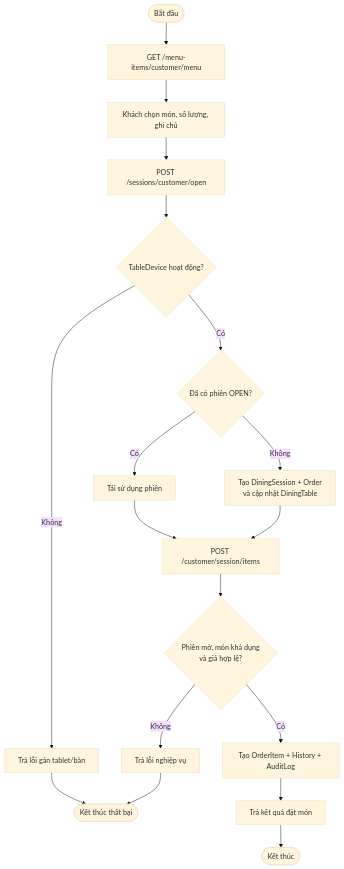
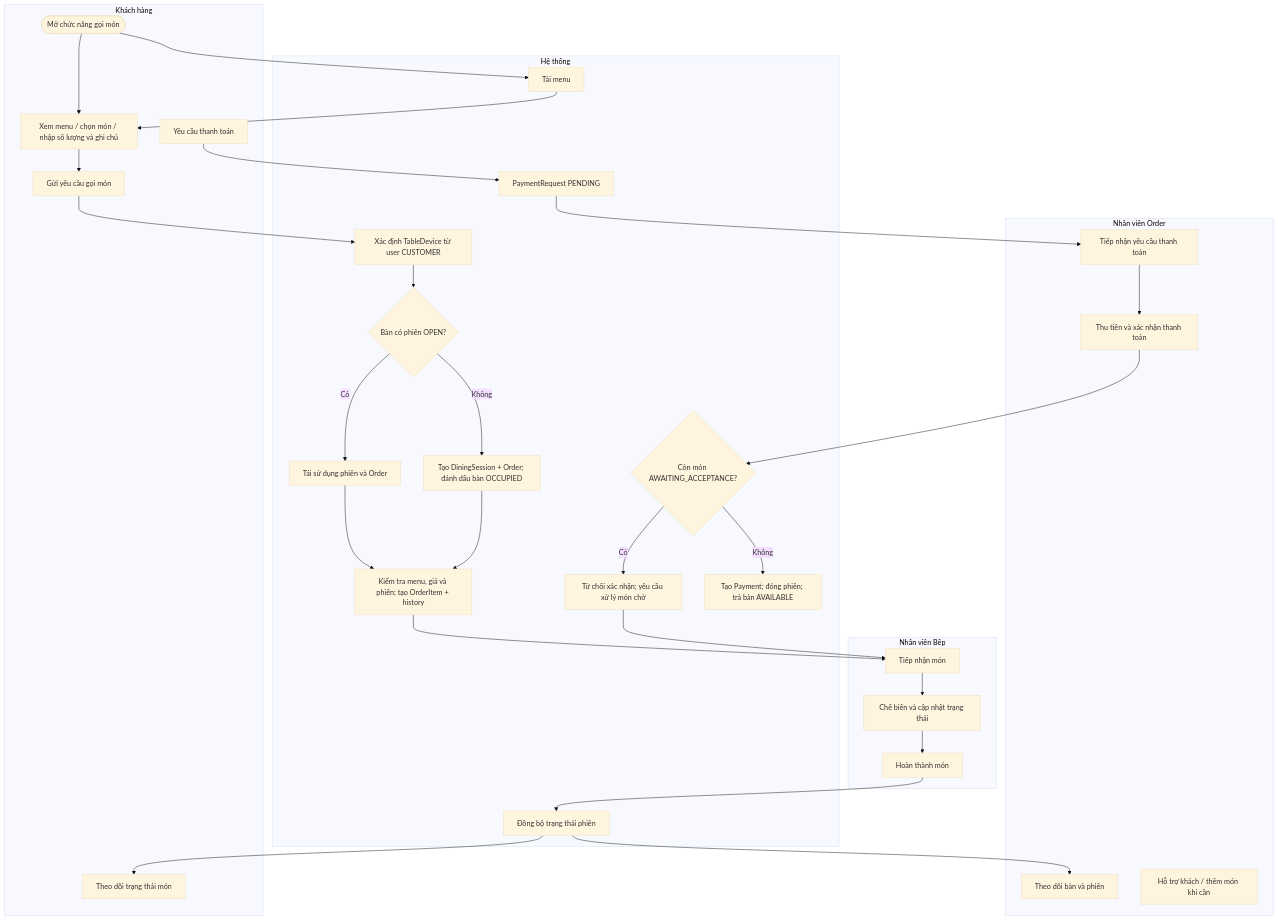
Before and after one commit to NTMHuy/ResMan: the diagram in docs/analysis/diagrams/activity-customer-order.mmd, drawn with Mermaid (base theme). The commit also changed 13 other files, not shown here.

Commit message:
docs(analysis): add behavior, state and sequence design 3.5-3.8

```diff
--- a/docs/analysis/diagrams/activity-customer-order.mmd
+++ b/docs/analysis/diagrams/activity-customer-order.mmd
@@ -1,18 +1,42 @@
-flowchart TD
-  A([Bắt đầu]) --> B["GET /menu-items/customer/menu"]
-  B --> C["Khách chọn món, số lượng, ghi chú"]
-  C --> D["POST /sessions/customer/open"]
-  D --> E{"TableDevice hoạt động?"}
-  E -- Không --> X["Trả lỗi gán tablet/bàn"]
-  X --> Z([Kết thúc thất bại])
-  E -- Có --> F{"Đã có phiên OPEN?"}
-  F -- Có --> G["Tái sử dụng phiên"]
-  F -- Không --> H["Tạo DiningSession + Order<br/>và cập nhật DiningTable"]
-  G --> I["POST /customer/session/items"]
-  H --> I
-  I --> J{"Phiên mở, món khả dụng<br/>và giá hợp lệ?"}
-  J -- Không --> K["Trả lỗi nghiệp vụ"]
-  K --> Z
-  J -- Có --> L["Tạo OrderItem + History + AuditLog"]
-  L --> M["Trả kết quả đặt món"]
-  M --> N([Kết thúc])
+flowchart TB
+  subgraph C["Khách hàng"]
+    C1([Mở chức năng gọi món]) --> C2["Xem menu / chọn món / nhập số lượng và ghi chú"]
+    C2 --> C3["Gửi yêu cầu gọi món"]
+    C4["Theo dõi trạng thái món"]
+    C5["Yêu cầu thanh toán"]
+  end
+  subgraph O["Nhân viên Order"]
+    O1["Theo dõi bàn và phiên"]
+    O2["Hỗ trợ khách / thêm món khi cần"]
+    O3["Tiếp nhận yêu cầu thanh toán"]
+    O4["Thu tiền và xác nhận thanh toán"]
+  end
+  subgraph K["Nhân viên Bếp"]
+    K1["Tiếp nhận món"]
+    K2["Chế biến và cập nhật trạng thái"]
+    K3["Hoàn thành món"]
+  end
+  subgraph S["Hệ thống"]
+    S1["Tải menu"]
+    S2["Xác định TableDevice từ user CUSTOMER"]
+    S3{"Bàn có phiên OPEN?"}
+    S4["Tái sử dụng phiên và Order"]
+    S5["Tạo DiningSession + Order; đánh dấu bàn OCCUPIED"]
+    S6["Kiểm tra menu, giá và phiên; tạo OrderItem + history"]
+    S7["Đồng bộ trạng thái phiên"]
+    S8["PaymentRequest PENDING"]
+    S9{"Còn món AWAITING_ACCEPTANCE?"}
+    S10["Từ chối xác nhận; yêu cầu xử lý món chờ"]
+    S11["Tạo Payment; đóng phiên; trả bàn AVAILABLE"]
+  end
+  C1 --> S1 --> C2
+  C3 --> S2 --> S3
+  S3 -- Có --> S4
+  S3 -- Không --> S5
+  S4 --> S6
+  S5 --> S6
+  S6 --> K1 --> K2 --> K3 --> S7 --> C4
+  S7 --> O1
+  C5 --> S8 --> O3 --> O4 --> S9
+  S9 -- Có --> S10 --> K1
+  S9 -- Không --> S11
```
